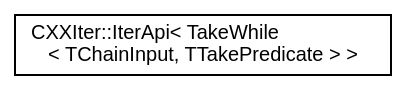
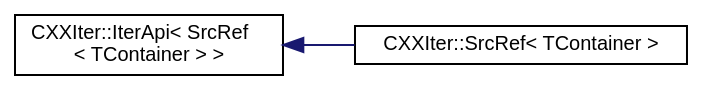
The diagram in inherit_graph_14.dot (seijikun/CXXIter), drawn with Graphviz before and after one commit. The commit also changed 39 other files, not shown here.

```diff
--- a/inherit_graph_14.dot
+++ b/inherit_graph_14.dot
@@ -1,10 +1,12 @@
 digraph "Graphical Class Hierarchy"
 {
  // INTERACTIVE_SVG=YES
  // LATEX_PDF_SIZE
   bgcolor="transparent";
   edge [fontname="Helvetica",fontsize="10",labelfontname="Helvetica",labelfontsize="10"];
   node [fontname="Helvetica",fontsize="10",shape=record];
   rankdir="LR";
-  Node0 [label="CXXIter::IterApi\< TakeWhile\l\< TChainInput, TTakePredicate \> \>",height=0.2,width=0.4,color="black",URL="$classCXXIter_1_1IterApi.html",tooltip=" "];
+  Node0 [label="CXXIter::IterApi\< SrcRef\l\< TContainer \> \>",height=0.2,width=0.4,color="black",URL="$classCXXIter_1_1IterApi.html",tooltip=" "];
+  Node0 -> Node1 [dir="back",color="midnightblue",fontsize="10",style="solid",fontname="Helvetica"];
+  Node1 [label="CXXIter::SrcRef\< TContainer \>",height=0.2,width=0.4,color="black",URL="$classCXXIter_1_1SrcRef.html",tooltip="CXXIter iterator source that mutably borrows the input item source, and passes mutable references to ..."];
 }
```
